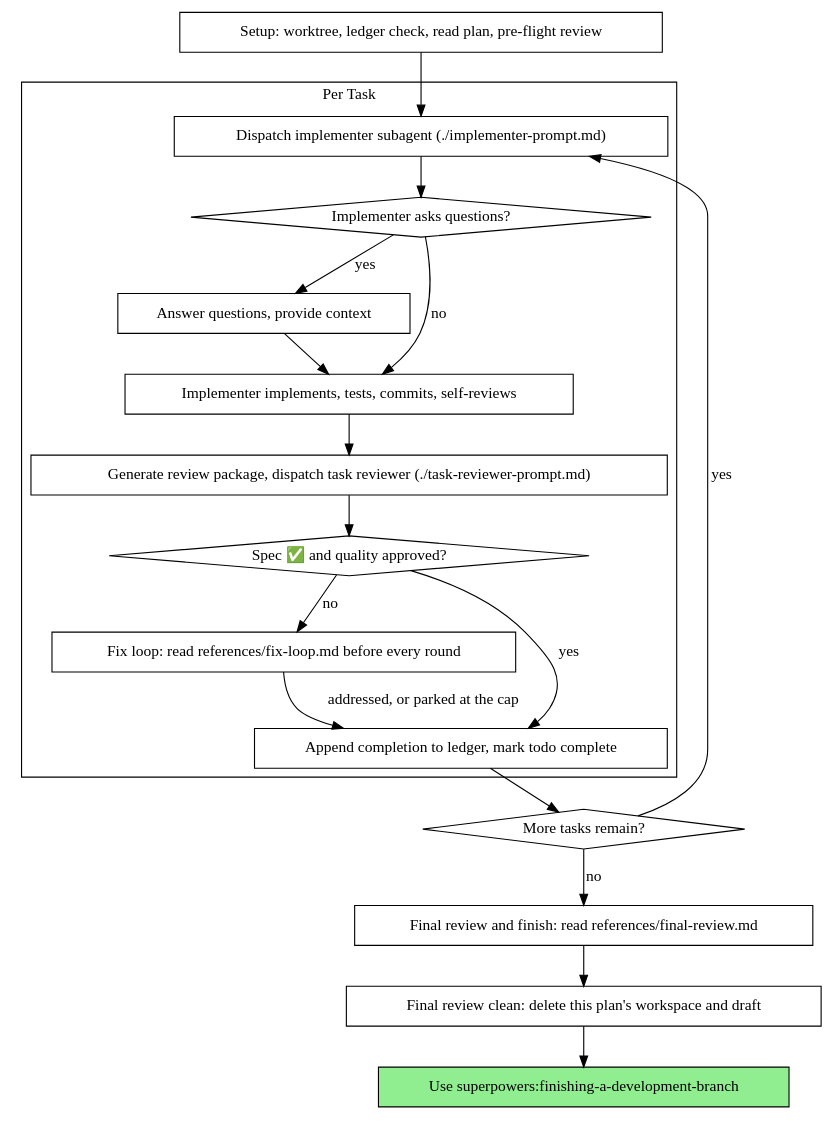
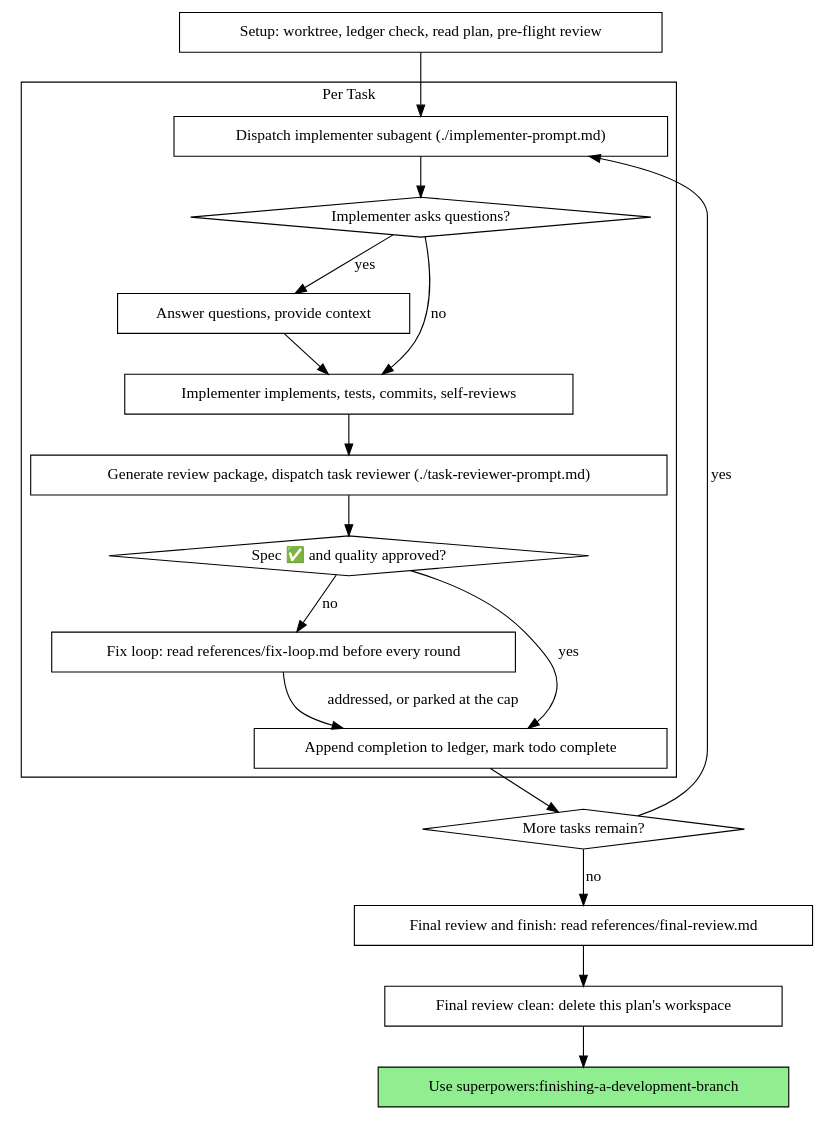
The second of 2 diagrams in skills/subagent-driven-development/SKILL.md (maikbasel/superpowers), drawn with Graphviz before and after one commit. The commit also changed 7 other files, not shown here.

````diff
--- a/skills/subagent-driven-development/SKILL.md
+++ b/skills/subagent-driven-development/SKILL.md
@@ -61,39 +61,39 @@
 ```dot
 digraph process {
     rankdir=TB;
 
     subgraph cluster_per_task {
         label="Per Task";
         "Dispatch implementer subagent (./implementer-prompt.md)" [shape=box];
         "Implementer asks questions?" [shape=diamond];
         "Answer questions, provide context" [shape=box];
         "Implementer implements, tests, commits, self-reviews" [shape=box];
         "Generate review package, dispatch task reviewer (./task-reviewer-prompt.md)" [shape=box];
         "Spec ✅ and quality approved?" [shape=diamond];
         "Fix loop: read references/fix-loop.md before every round" [shape=box];
         "Append completion to ledger, mark todo complete" [shape=box];
     }
 
     "Setup: worktree, ledger check, read plan, pre-flight review" [shape=box];
     "More tasks remain?" [shape=diamond];
     "Final review and finish: read references/final-review.md" [shape=box];
-    "Final review clean: delete this plan's workspace and draft" [shape=box];
+    "Final review clean: delete this plan's workspace" [shape=box];
     "Use superpowers:finishing-a-development-branch" [shape=box style=filled fillcolor=lightgreen];
 
     "Setup: worktree, ledger check, read plan, pre-flight review" -> "Dispatch implementer subagent (./implementer-prompt.md)";
     "Dispatch implementer subagent (./implementer-prompt.md)" -> "Implementer asks questions?";
     "Implementer asks questions?" -> "Answer questions, provide context" [label="yes"];
     "Answer questions, provide context" -> "Implementer implements, tests, commits, self-reviews";
     "Implementer asks questions?" -> "Implementer implements, tests, commits, self-reviews" [label="no"];
     "Implementer implements, tests, commits, self-reviews" -> "Generate review package, dispatch task reviewer (./task-reviewer-prompt.md)";
     "Generate review package, dispatch task reviewer (./task-reviewer-prompt.md)" -> "Spec ✅ and quality approved?";
     "Spec ✅ and quality approved?" -> "Append completion to ledger, mark todo complete" [label="yes"];
     "Spec ✅ and quality approved?" -> "Fix loop: read references/fix-loop.md before every round" [label="no"];
     "Fix loop: read references/fix-loop.md before every round" -> "Append completion to ledger, mark todo complete" [label="addressed, or parked at the cap"];
     "Append completion to ledger, mark todo complete" -> "More tasks remain?";
     "More tasks remain?" -> "Dispatch implementer subagent (./implementer-prompt.md)" [label="yes"];
     "More tasks remain?" -> "Final review and finish: read references/final-review.md" [label="no"];
-    "Final review and finish: read references/final-review.md" -> "Final review clean: delete this plan's workspace and draft";
-    "Final review clean: delete this plan's workspace and draft" -> "Use superpowers:finishing-a-development-branch";
+    "Final review and finish: read references/final-review.md" -> "Final review clean: delete this plan's workspace";
+    "Final review clean: delete this plan's workspace" -> "Use superpowers:finishing-a-development-branch";
 }
 ```
````
